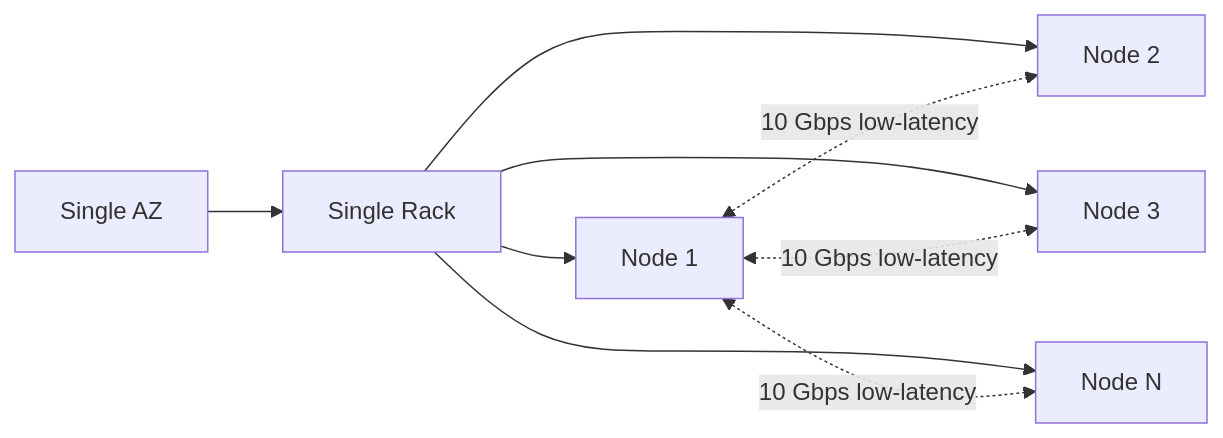
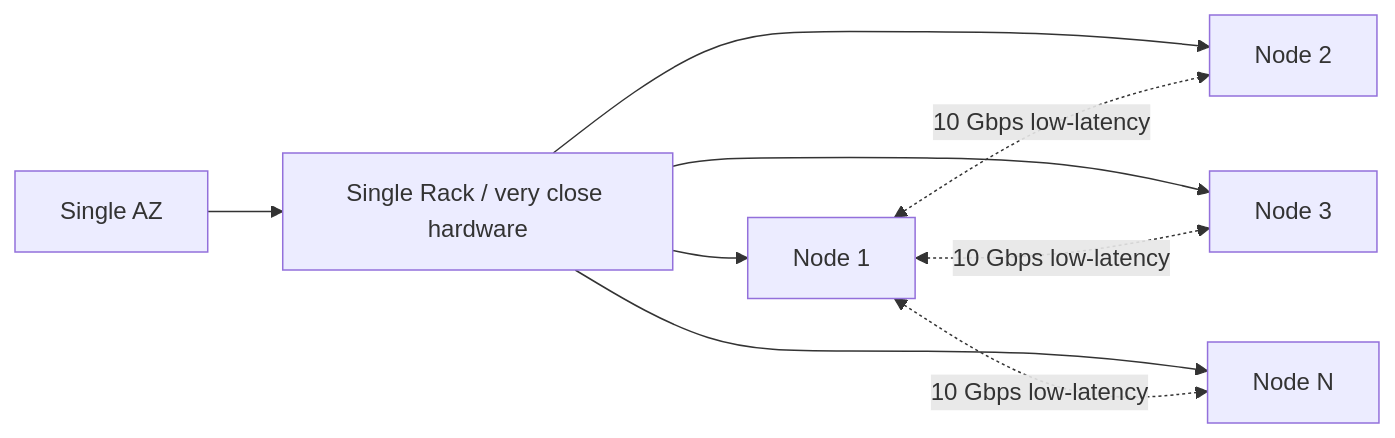
Before and after one commit to vijayclarion/architecturestudy: the fifth of 7 diagrams in AWS-SAP-C02-Study-Notes/03-Compute-Storage/02-placement-groups.md, drawn with Mermaid. The commit also changed other lines of this file and 119 other files, not shown here.

````diff
--- a/AWS-SAP-C02-Study-Notes/03-Compute-Storage/02-placement-groups.md
+++ b/AWS-SAP-C02-Study-Notes/03-Compute-Storage/02-placement-groups.md
@@ -35,13 +155,13 @@
 ```mermaid
 flowchart LR
     AZ[Single AZ]
-    AZ --> RACK[Single Rack]
+    AZ --> RACK[Single Rack / very close hardware]
     RACK --> N1[Node 1]
     RACK --> N2[Node 2]
     RACK --> N3[Node 3]
     RACK --> NN[Node N]
-    
+
     N1 <-.10 Gbps low-latency.-> N2
     N1 <-.10 Gbps low-latency.-> N3
     N1 <-.10 Gbps low-latency.-> NN
 ```
````
